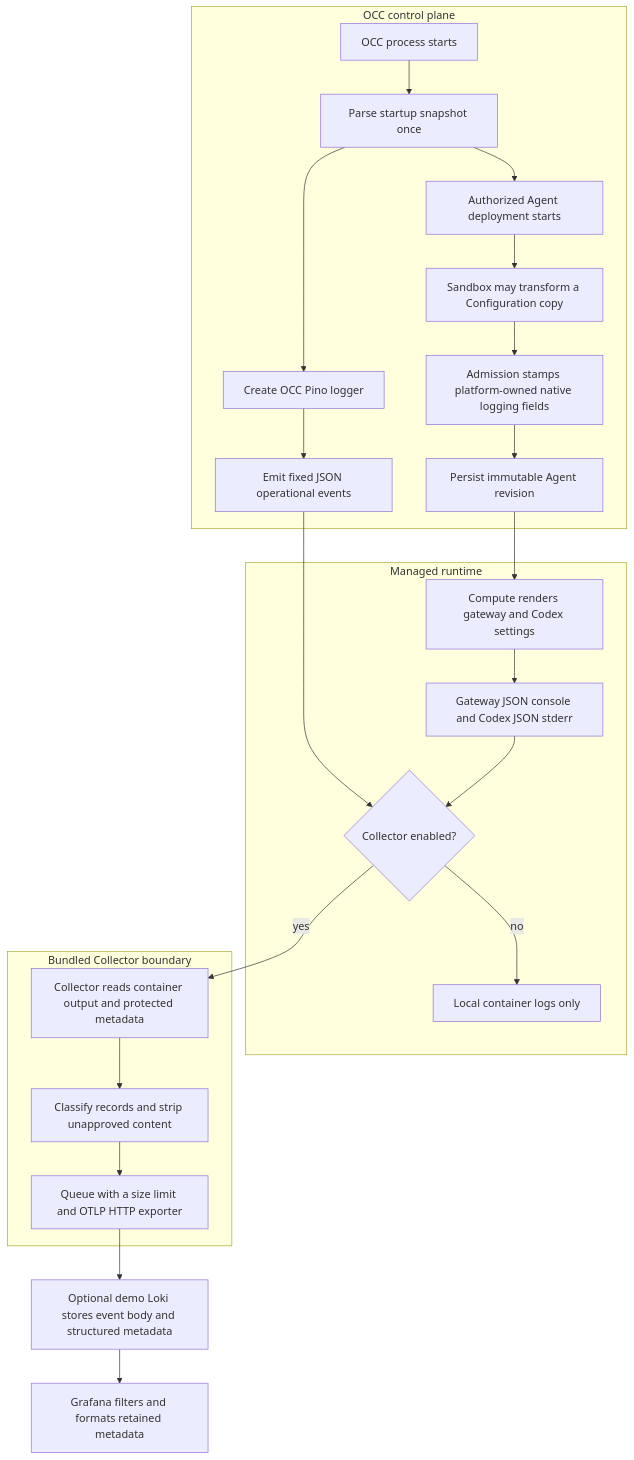
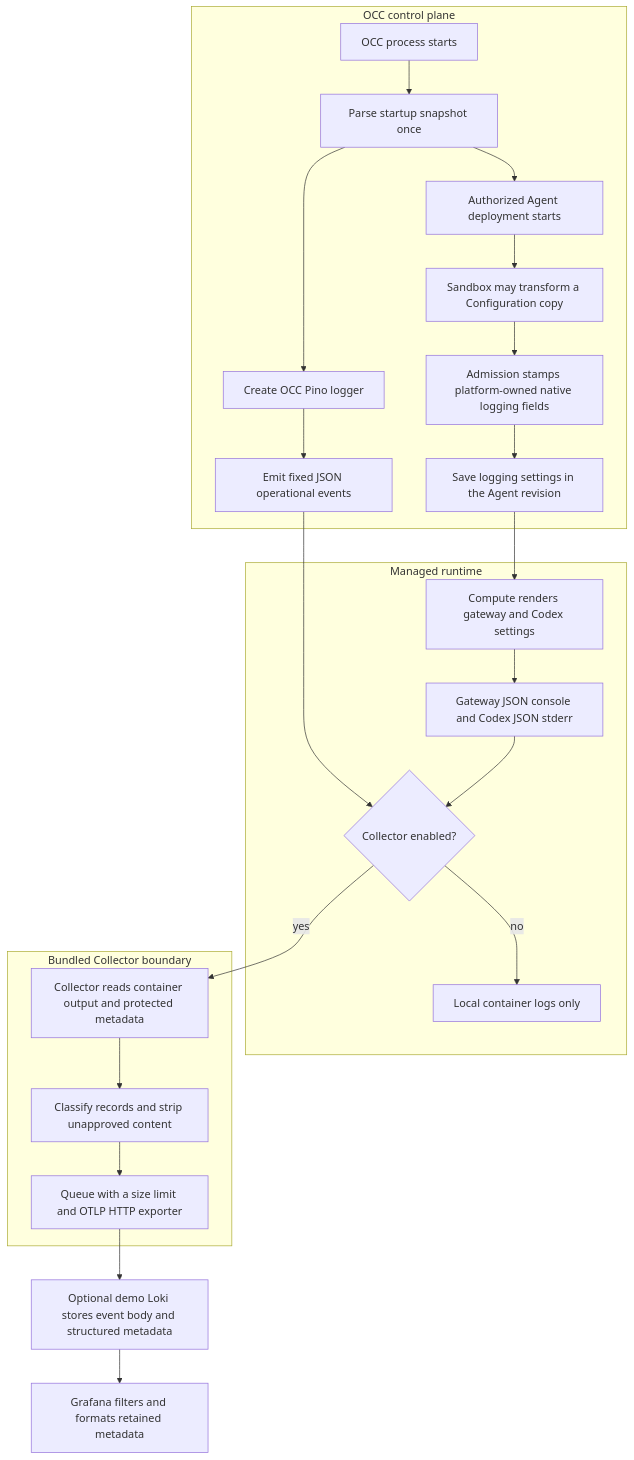
One commit to openclaw/openclaw-enterprise changed the diagram in docs/flows/common-logging.md. Above: the diagram before and after it, drawn with Mermaid. The commit also changed other lines of this file and 37 other files, not shown here.

````diff
--- a/docs/flows/common-logging.md
+++ b/docs/flows/common-logging.md
@@ -29,28 +28,28 @@
 ```mermaid
 graph TD
   subgraph OCC["OCC control plane"]
     A["OCC process starts"] --> B["Parse startup snapshot once"]
     B --> C["Create OCC Pino logger"]
     C --> D["Emit fixed JSON operational events"]
     B --> E["Authorized Agent deployment starts"]
     E --> F["Sandbox may transform a Configuration copy"]
     F --> G["Admission stamps platform-owned native logging fields"]
-    G --> H["Persist immutable Agent revision"]
+    G --> H["Save logging settings in the Agent revision"]
   end
 
   subgraph Runtime["Managed runtime"]
     H --> I["Compute renders gateway and Codex settings"]
     I --> J["Gateway JSON console and Codex JSON stderr"]
     K -->|"no"| L["Local container logs only"]
   end
 
   subgraph Collector["Bundled Collector boundary"]
     D --> K{"Collector enabled?"}
     J --> K
     K -->|"yes"| M["Collector reads container output and protected metadata"]
     M --> N["Classify records and strip unapproved content"]
     N --> O["Queue with a size limit and OTLP HTTP exporter"]
   end
   O --> P["Optional demo Loki stores event body and structured metadata"]
   P --> Q["Grafana filters and formats retained metadata"]
 ```
````
